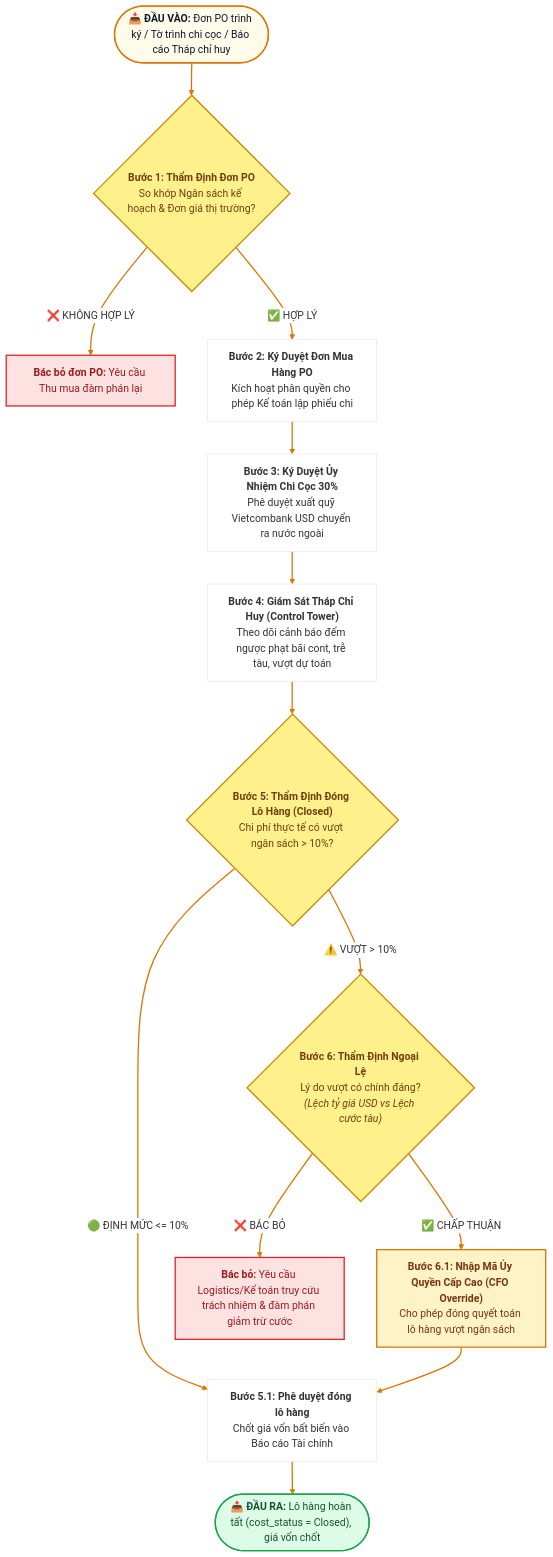
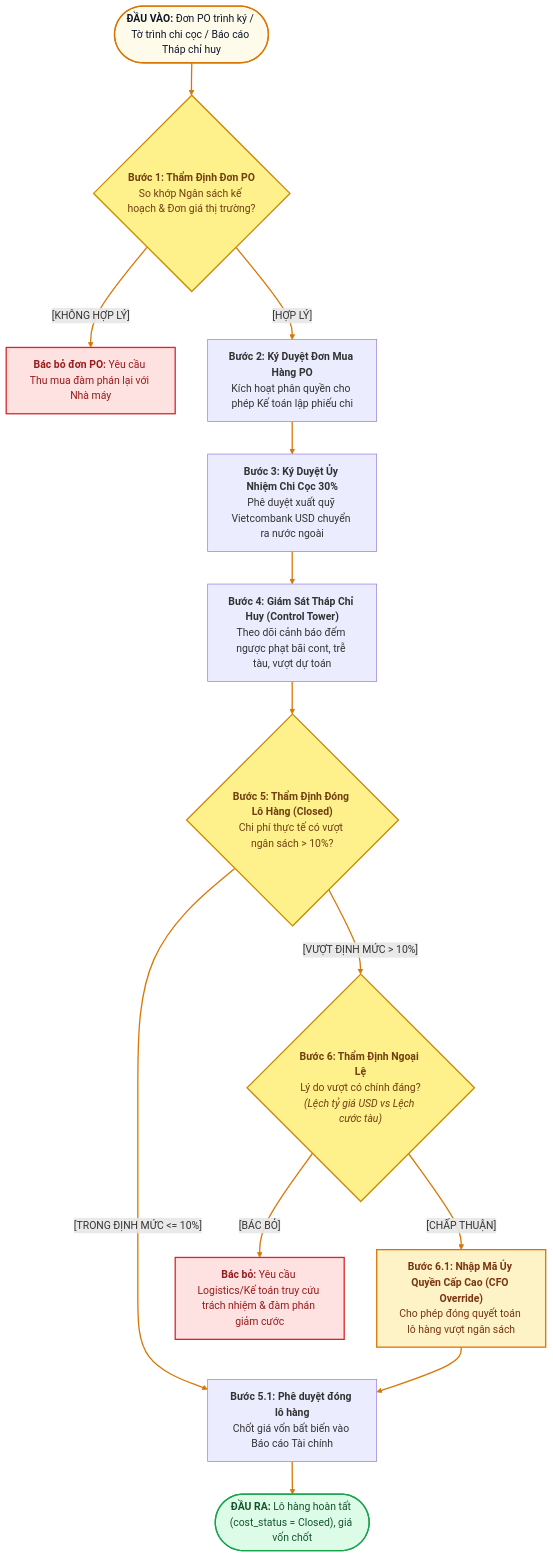
Before and after one commit to capkimkhanh2k5/Logistics_ERPNext_RAG: the third of 7 diagrams in LUONG_NGHIEP_VU_CAC_VAI_TRO_XUAT_NHAP_KHAU.md, drawn with Mermaid. The commit also changed other lines of this file, not shown here.

Commit message:
docs: remove all icons and apply clean Inter/Segoe UI typography across all diagrams

````diff
--- a/LUONG_NGHIEP_VU_CAC_VAI_TRO_XUAT_NHAP_KHAU.md
+++ b/LUONG_NGHIEP_VU_CAC_VAI_TRO_XUAT_NHAP_KHAU.md
@@ -102,34 +114,45 @@
 ```mermaid
-%%{init: {'theme': 'base', 'themeVariables': {'primaryColor': '#FFFFFF', 'lineColor': '#D97706'}}}%%
+%%{init: {
+  'theme': 'base',
+  'themeVariables': {
+    'fontFamily': "'Inter', 'Segoe UI', -apple-system, Roboto, sans-serif",
+    'fontSize': '13px',
+    'primaryColor': '#FFFFFF',
+    'primaryTextColor': '#0F172A',
+    'primaryBorderColor': '#D97706',
+    'lineColor': '#D97706',
+    'edgeLabelBackground':'#FFFFFF'
+  }
+}}%%
 flowchart TD
-    C_IN(["📥 <b>ĐẦU VÀO:</b> Đơn PO trình ký / Tờ trình chi cọc / Báo cáo Tháp chỉ huy"]) --> C1
+    C_IN(["<b>ĐẦU VÀO:</b> Đơn PO trình ký / Tờ trình chi cọc / Báo cáo Tháp chỉ huy"]) --> C1
     C1{"<b>Bước 1: Thẩm Định Đơn PO</b><br>So khớp Ngân sách kế hoạch & Đơn giá thị trường?"}
     
-    C1 -- "❌ KHÔNG HỢP LÝ" --> C_REJ_PO["<b>Bác bỏ đơn PO:</b> Yêu cầu Thu mua đàm phán lại"]
-    C1 -- "✅ HỢP LÝ" --> C2["<b>Bước 2: Ký Duyệt Đơn Mua Hàng PO</b><br>Kích hoạt phân quyền cho phép Kế toán lập phiếu chi"] --> C3
+    C1 -- "[KHÔNG HỢP LÝ]" --> C_REJ_PO["<b>Bác bỏ đơn PO:</b> Yêu cầu Thu mua đàm phán lại với Nhà máy"]
+    C1 -- "[HỢP LÝ]" --> C2["<b>Bước 2: Ký Duyệt Đơn Mua Hàng PO</b><br>Kích hoạt phân quyền cho phép Kế toán lập phiếu chi"] --> C3
     
     C3["<b>Bước 3: Ký Duyệt Ủy Nhiệm Chi Cọc 30%</b><br>Phê duyệt xuất quỹ Vietcombank USD chuyển ra nước ngoài"] --> C4
     
     C4["<b>Bước 4: Giám Sát Tháp Chỉ Huy (Control Tower)</b><br>Theo dõi cảnh báo đếm ngược phạt bãi cont, trễ tàu, vượt dự toán"] --> C5
     
     C5{"<b>Bước 5: Thẩm Định Đóng Lô Hàng (Closed)</b><br>Chi phí thực tế có vượt ngân sách > 10%?"}
     
-    C5 -- "🟢 ĐỊNH MỨC <= 10%" --> C_OK["<b>Bước 5.1: Phê duyệt đóng lô hàng</b><br>Chốt giá vốn bất biến vào Báo cáo Tài chính"]
+    C5 -- "[TRONG ĐỊNH MỨC <= 10%]" --> C_OK["<b>Bước 5.1: Phê duyệt đóng lô hàng</b><br>Chốt giá vốn bất biến vào Báo cáo Tài chính"]
     
-    C5 -- "⚠️ VƯỢT > 10%" --> C6{"<b>Bước 6: Thẩm Định Ngoại Lệ</b><br>Lý do vượt có chính đáng?<br><i>(Lệch tỷ giá USD vs Lệch cước tàu)</i>"}
+    C5 -- "[VƯỢT ĐỊNH MỨC > 10%]" --> C6{"<b>Bước 6: Thẩm Định Ngoại Lệ</b><br>Lý do vượt có chính đáng?<br><i>(Lệch tỷ giá USD vs Lệch cước tàu)</i>"}
     
-    C6 -- "❌ BÁC BỎ" --> C_REJ_COST["<b>Bác bỏ:</b> Yêu cầu Logistics/Kế toán truy cứu trách nhiệm & đàm phán giảm trừ cước"]
-    C6 -- "✅ CHẤP THUẬN" --> C_AUTH["<b>Bước 6.1: Nhập Mã Ủy Quyền Cấp Cao (CFO Override)</b><br>Cho phép đóng quyết toán lô hàng vượt ngân sách"] --> C_OK
+    C6 -- "[BÁC BỎ]" --> C_REJ_COST["<b>Bác bỏ:</b> Yêu cầu Logistics/Kế toán truy cứu trách nhiệm & đàm phán giảm cước"]
+    C6 -- "[CHẤP THUẬN]" --> C_AUTH["<b>Bước 6.1: Nhập Mã Ủy Quyền Cấp Cao (CFO Override)</b><br>Cho phép đóng quyết toán lô hàng vượt ngân sách"] --> C_OK
     
-    C_OK --> C_OUT(["📤 <b>ĐẦU RA:</b> Lô hàng hoàn tất (cost_status = Closed), giá vốn chốt"])
+    C_OK --> C_OUT(["<b>ĐẦU RA:</b> Lô hàng hoàn tất (cost_status = Closed), giá vốn chốt"])
 
     style C_IN fill:#FFFBEB,stroke:#D97706,stroke-width:2px,color:#0F172A
     style C1 fill:#FEF08A,stroke:#CA8A04,stroke-width:2px,color:#713F12
     style C5 fill:#FEF08A,stroke:#CA8A04,stroke-width:2px,color:#713F12
     style C6 fill:#FEF08A,stroke:#CA8A04,stroke-width:2px,color:#713F12
     style C_REJ_PO fill:#FEE2E2,stroke:#DC2626,stroke-width:2px,color:#991B1B
     style C_REJ_COST fill:#FEE2E2,stroke:#DC2626,stroke-width:2px,color:#991B1B
     style C_AUTH fill:#FEF3C7,stroke:#D97706,stroke-width:2px,color:#78350F
     style C_OUT fill:#DCFCE7,stroke:#16A34A,stroke-width:2px,color:#14532D
     linkStyle default stroke:#D97706,stroke-width:2px;
 ```
````
